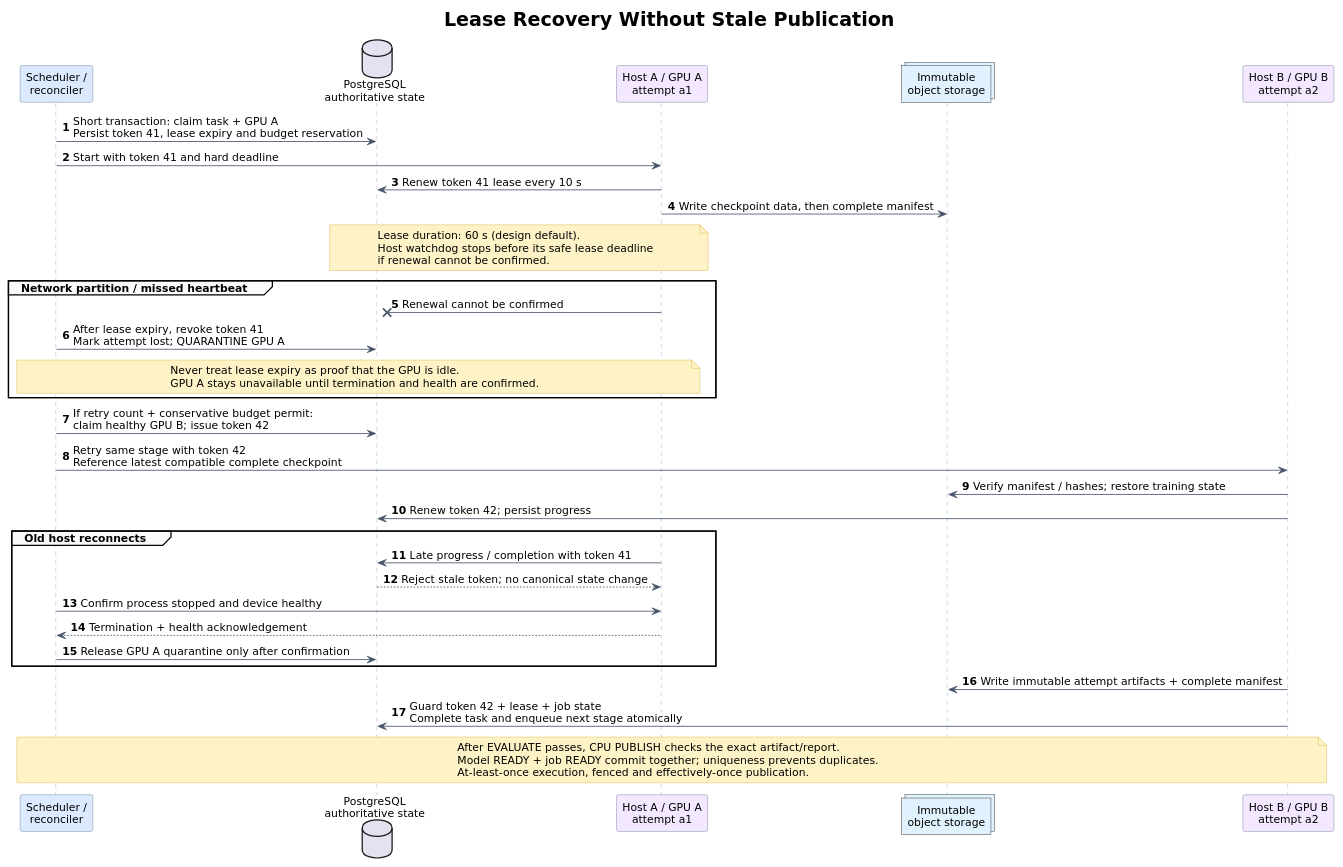
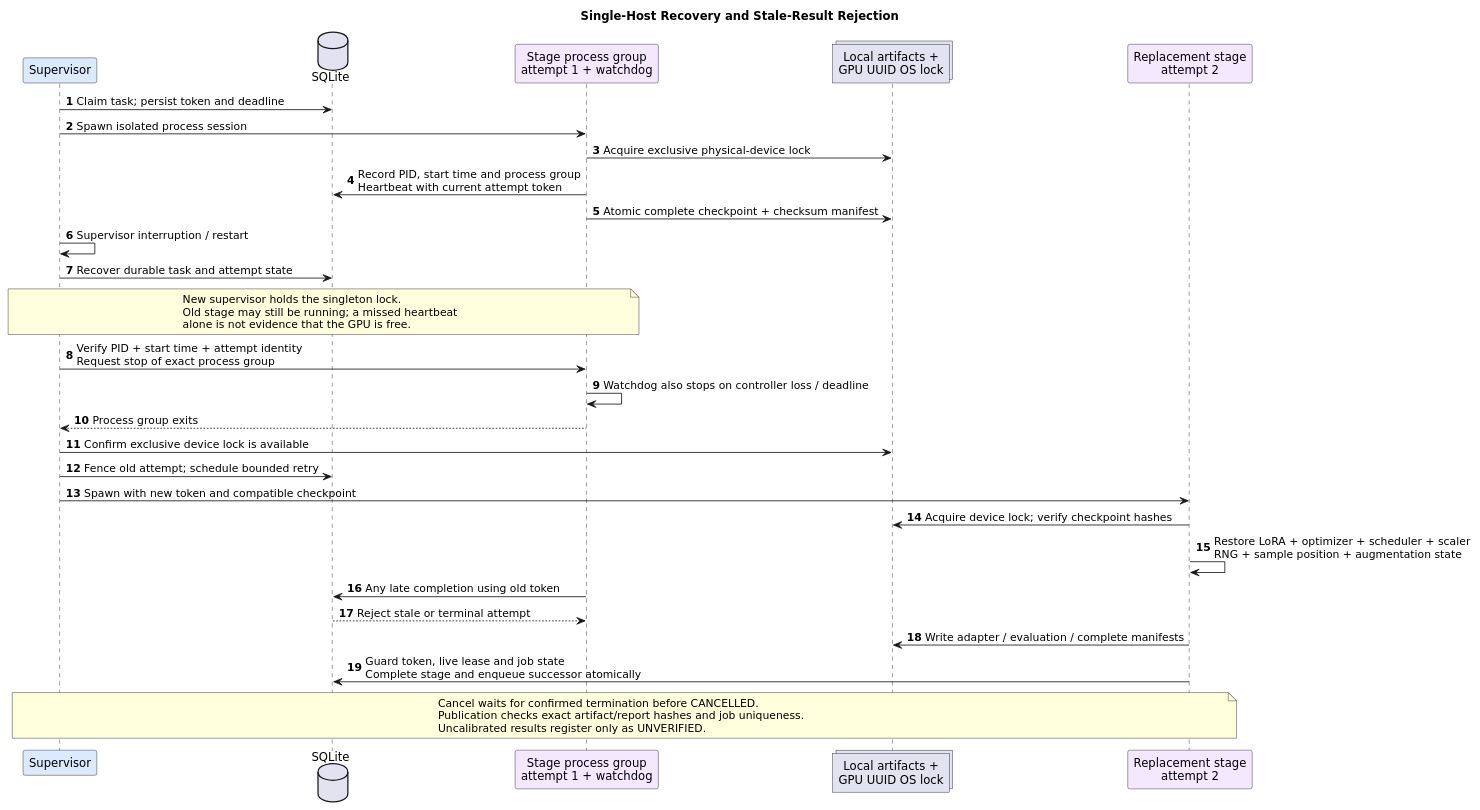
The diagram in diagrams/lease-recovery.puml (54younger/sd15-lora-training-pipeline), drawn with PlantUML before and after one commit. The commit also changed 20 other files, not shown here.

Commit message:
docs: update bilingual design guides diagrams and validation record

```diff
--- a/diagrams/lease-recovery.puml
+++ b/diagrams/lease-recovery.puml
@@ -1,62 +1,43 @@
 @startuml lease-recovery
 skinparam backgroundColor #FFFFFF
 skinparam defaultFontName DejaVu Sans
-skinparam defaultFontSize 13
 skinparam shadowing false
-skinparam sequenceArrowColor #475569
-skinparam sequenceLifeLineBorderColor #94A3B8
-skinparam sequenceParticipantBorderColor #64748B
 skinparam sequenceParticipantBackgroundColor #DBEAFE
-skinparam sequenceGroupBackgroundColor #F8FAFC
-skinparam noteBackgroundColor #FEF3C7
-skinparam noteBorderColor #D4AF37
-skinparam titleFontSize 23
-title Lease Recovery Without Stale Publication
+title Single-Host Recovery and Stale-Result Rejection
 autonumber
+participant "Supervisor" as S
+database "SQLite" as DB
+participant "Stage process group\nattempt 1 + watchdog" as Old #F3E8FF
+collections "Local artifacts +\nGPU UUID OS lock" as Files
+participant "Replacement stage\nattempt 2" as New #F3E8FF
 
-participant "Scheduler /\nreconciler" as S
-database "PostgreSQL\nauthoritative state" as DB
-participant "Host A / GPU A\nattempt a1" as A #F3E8FF
-collections "Immutable\nobject storage" as O #E0F2FE
-participant "Host B / GPU B\nattempt a2" as B #F3E8FF
-
-S -> DB : Short transaction: claim task + GPU A\nPersist token 41, lease expiry and budget reservation
-S -> A : Start with token 41 and hard deadline
-A -> DB : Renew token 41 lease every 10 s
-A -> O : Write checkpoint data, then complete manifest
-note over A,DB
-Lease duration: 60 s (design default).
-Host watchdog stops before its safe lease deadline
-if renewal cannot be confirmed.
+S -> DB : Claim task; persist token and deadline
+S -> Old : Spawn isolated process session
+Old -> Files : Acquire exclusive physical-device lock
+Old -> DB : Record PID, start time and process group\nHeartbeat with current attempt token
+Old -> Files : Atomic complete checkpoint + checksum manifest
+S -> S : Supervisor interruption / restart
+S -> DB : Recover durable task and attempt state
+note over S,Old
+New supervisor holds the singleton lock.
+Old stage may still be running; a missed heartbeat
+alone is not evidence that the GPU is free.
 end note
-
-group Network partition / missed heartbeat
-  A -x DB : Renewal cannot be confirmed
-  S -> DB : After lease expiry, revoke token 41\nMark attempt lost; QUARANTINE GPU A
-  note over S,A
-Never treat lease expiry as proof that the GPU is idle.
-GPU A stays unavailable until termination and health are confirmed.
-  end note
-end
-
-S -> DB : If retry count + conservative budget permit:\nclaim healthy GPU B; issue token 42
-S -> B : Retry same stage with token 42\nReference latest compatible complete checkpoint
-B -> O : Verify manifest / hashes; restore training state
-B -> DB : Renew token 42; persist progress
-
-group Old host reconnects
-  A -> DB : Late progress / completion with token 41
-  DB --> A : Reject stale token; no canonical state change
-  S -> A : Confirm process stopped and device healthy
-  A --> S : Termination + health acknowledgement
-  S -> DB : Release GPU A quarantine only after confirmation
-end
-
-B -> O : Write immutable attempt artifacts + complete manifest
-B -> DB : Guard token 42 + lease + job state\nComplete task and enqueue next stage atomically
-note over S,B
-After EVALUATE passes, CPU PUBLISH checks the exact artifact/report.
-Model READY + job READY commit together; uniqueness prevents duplicates.
-At-least-once execution, fenced and effectively-once publication.
+S -> Old : Verify PID + start time + attempt identity\nRequest stop of exact process group
+Old -> Old : Watchdog also stops on controller loss / deadline
+Old --> S : Process group exits
+S -> Files : Confirm exclusive device lock is available
+S -> DB : Fence old attempt; schedule bounded retry
+S -> New : Spawn with new token and compatible checkpoint
+New -> Files : Acquire device lock; verify checkpoint hashes
+New -> New : Restore LoRA + optimizer + scheduler + scaler\nRNG + sample position + augmentation state
+Old -> DB : Any late completion using old token
+DB --> Old : Reject stale or terminal attempt
+New -> Files : Write adapter / evaluation / complete manifests
+New -> DB : Guard token, live lease and job state\nComplete stage and enqueue successor atomically
+note over S,New
+Cancel waits for confirmed termination before CANCELLED.
+Publication checks exact artifact/report hashes and job uniqueness.
+Uncalibrated results register only as UNVERIFIED.
 end note
 @enduml
```
